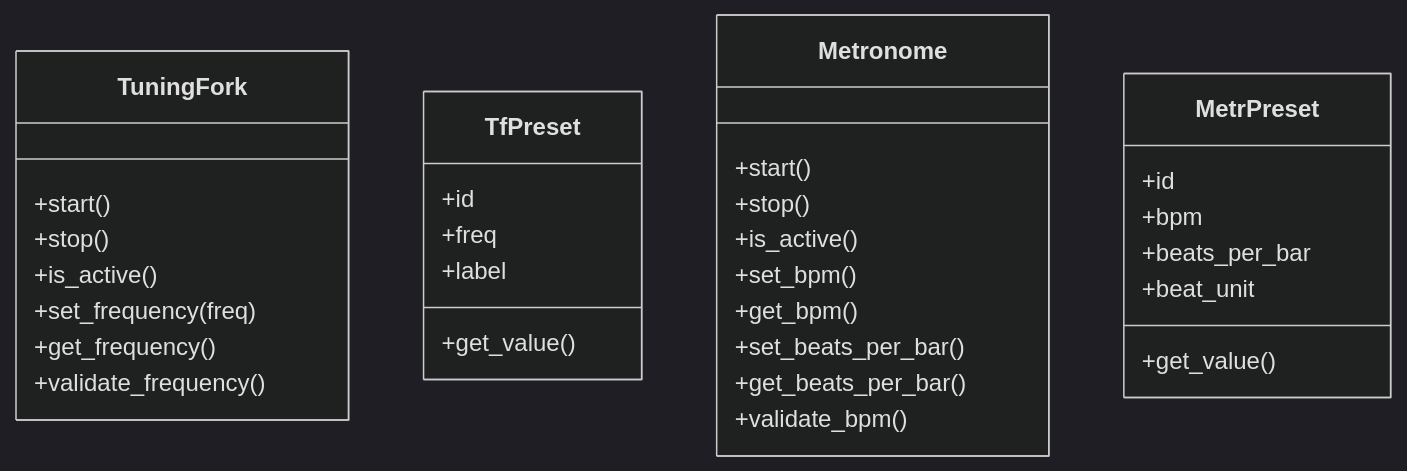
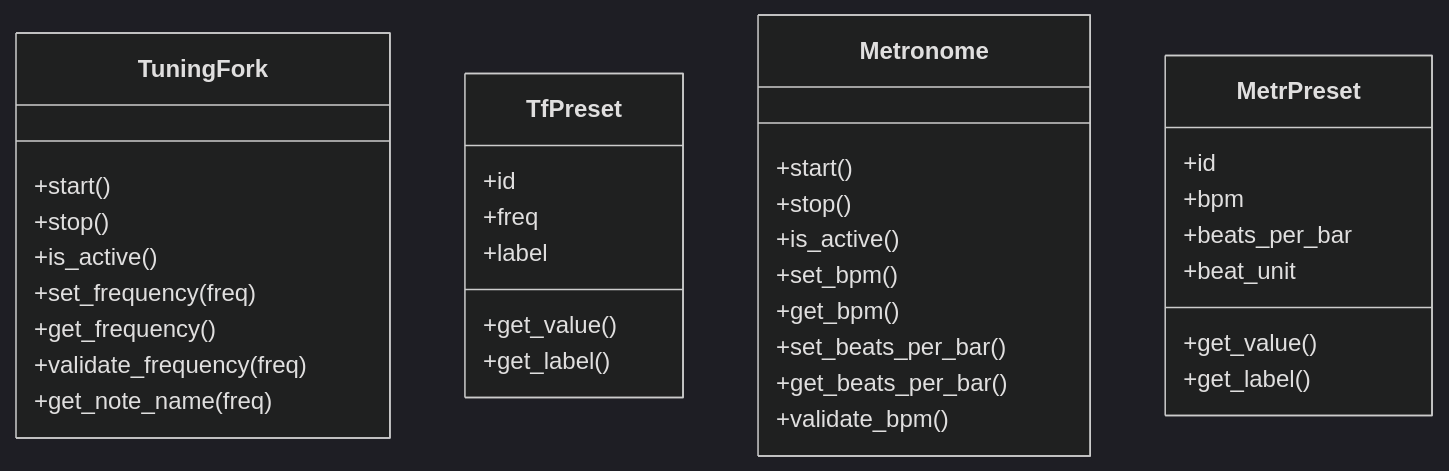
Before and after one commit to piamanns/ot-harjoitustyo: the first of 3 diagrams in musictools/dokumentaatio/arkkitehtuuri.md, drawn with Mermaid (dark theme). The commit also changed other lines of this file, not shown here.

Commit message:
Add preliminary description of architecture

````diff
--- a/musictools/dokumentaatio/arkkitehtuuri.md
+++ b/musictools/dokumentaatio/arkkitehtuuri.md
@@ -6,37 +40,40 @@
 ```mermaid
 classDiagram
     class TuningFork{   
         +start()
         +stop()
         +is_active()
         +set_frequency(freq)
         +get_frequency()
-        +validate_frequency()
+        +validate_frequency(freq)
+        +get_note_name(freq)
     }
     
     class TfPreset{
         +id
         +freq
         +label
         +get_value()
+        +get_label()
     }
     
     class Metronome{
         +start()
         +stop()
         +is_active()
         +set_bpm()
         +get_bpm()
         +set_beats_per_bar()
         +get_beats_per_bar()
         +validate_bpm()
     }
     
     class MetrPreset{
         +id
         +bpm
         +beats_per_bar
         +beat_unit
         +get_value()
+        +get_label()
     }    
 ```
````
